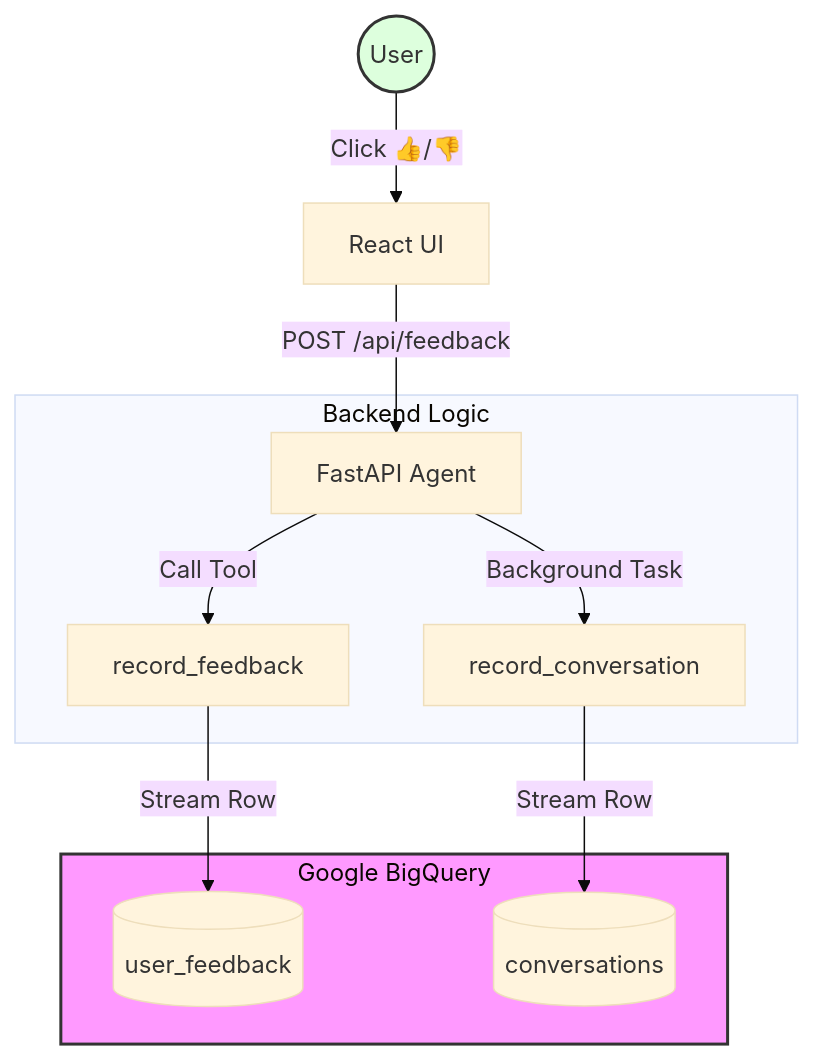
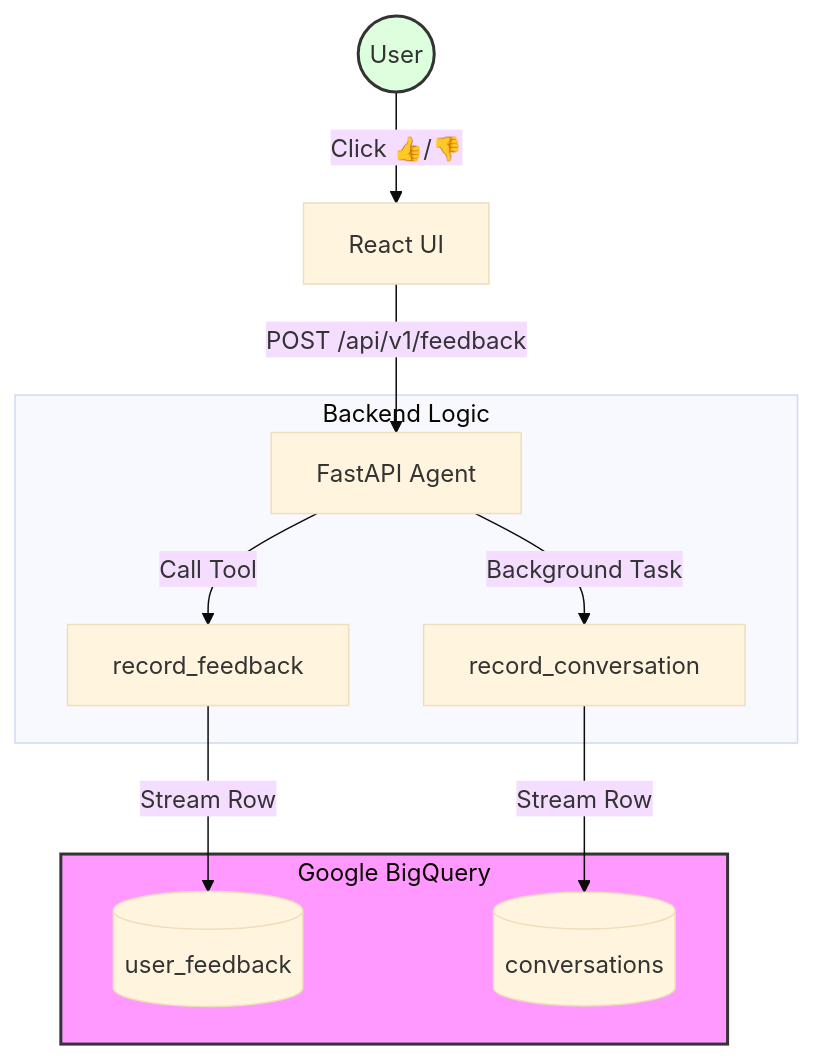
Before and after one commit to rezkabiri/jit-two-stage-retrieval: the diagram in docs/FEEDBACK_LOOP.md, drawn with Mermaid (base theme). The commit also changed other lines of this file and 14 other files, not shown here.

````diff
--- a/docs/FEEDBACK_LOOP.md
+++ b/docs/FEEDBACK_LOOP.md
@@ -7,18 +7,18 @@
 ```mermaid
 graph TD
     User((User)) -->|Click 👍/👎| UI[React UI]
-    UI -->|POST /api/feedback| API[FastAPI Agent]
+    UI -->|POST /api/v1/feedback| API[FastAPI Agent]
     
     subgraph Backend Logic
         API -->|Call Tool| RF[record_feedback]
         API -->|Background Task| RC[record_conversation]
     end
     
     subgraph BigQuery [Google BigQuery]
         RF -->|Stream Row| UF_Table[(user_feedback)]
         RC -->|Stream Row| C_Table[(conversations)]
     end
     
     style BigQuery fill:#f9f,stroke:#333,stroke-width:2px
     style User fill:#dfd,stroke:#333,stroke-width:2px
 ```
````
